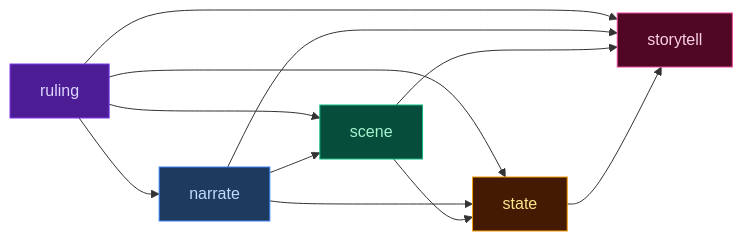
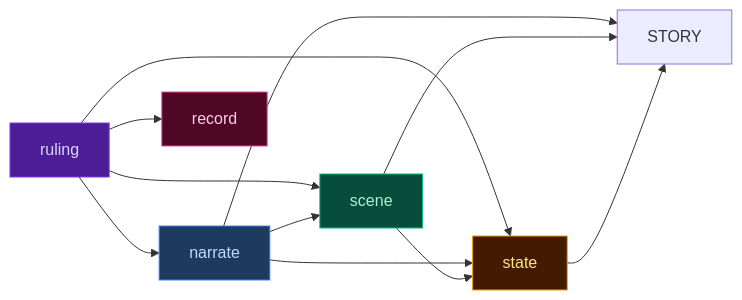
One commit to pww217/fablethread changed the second of 2 diagrams in docs/architecture/turn-viewer-ui.md. Above: the diagram before and after it, drawn with Mermaid. The commit also changed other lines of this file and 19 other files, not shown here.

````diff
--- a/docs/architecture/turn-viewer-ui.md
+++ b/docs/architecture/turn-viewer-ui.md
@@ -132,25 +132,25 @@
 ```mermaid
 flowchart LR
     classDef stageRules    fill:#4c1d95,color:#ddd6fe,stroke:#7c3aed
     classDef stageNarrate  fill:#1e3a5f,color:#bfdbfe,stroke:#3b82f6
     classDef stageScene    fill:#064e3b,color:#a7f3d0,stroke:#10b981
     classDef stageState    fill:#451a03,color:#fde68a,stroke:#f59e0b
     classDef stageProgress fill:#500724,color:#fbcfe8,stroke:#ec4899
 
     RULING["ruling"]:::stageRules
     NARRATE["narrate"]:::stageNarrate
     SCENE["scene"]:::stageScene
     STATE["state"]:::stageState
-    STORY["storytell"]:::stageProgress
+    RECORD["record"]:::stageProgress
 
     RULING --> NARRATE
     RULING --> SCENE
     RULING --> STATE
-    RULING --> STORY
+    RULING --> RECORD
     NARRATE --> SCENE
     NARRATE --> STATE
     NARRATE --> STORY
     SCENE --> STATE
     SCENE --> STORY
     STATE --> STORY
 ```
````
